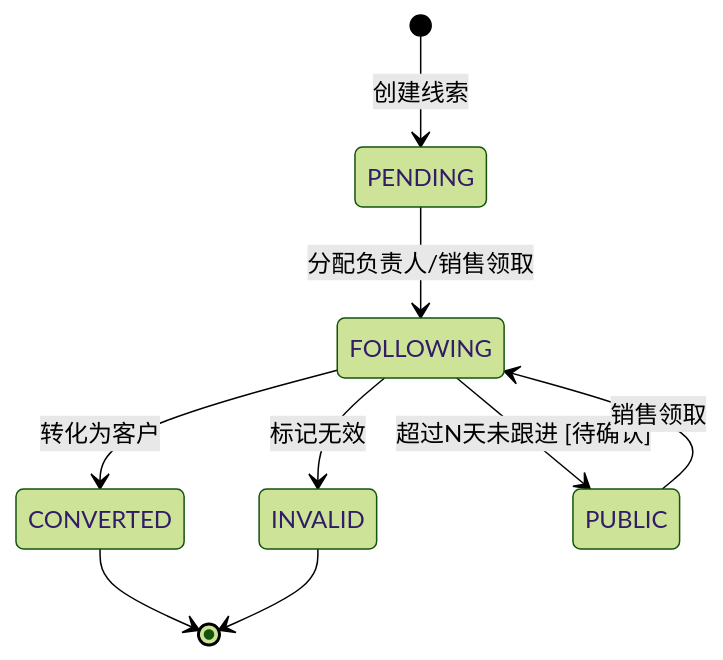
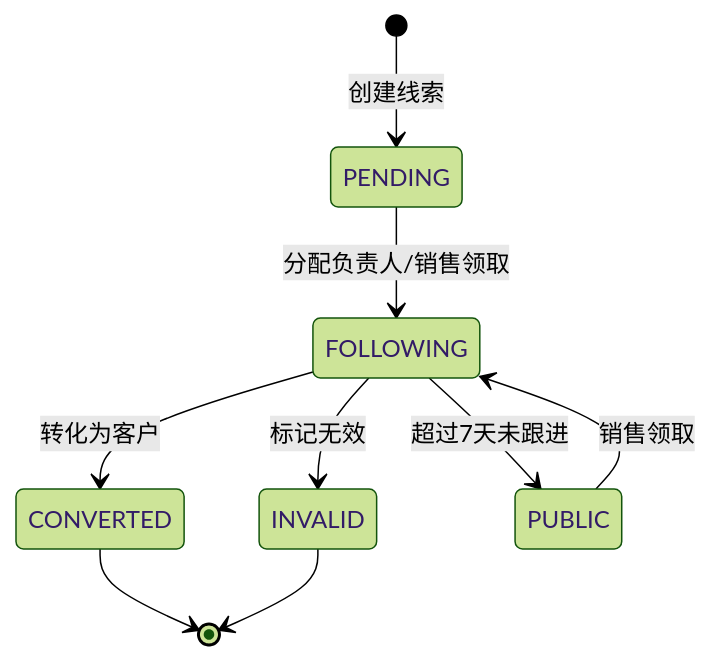
One commit to liuliangkui/new-xinqu changed the fourth of 11 diagrams in docs/XQCOP-领域建模方案.md. Above: the diagram before and after it, drawn with Mermaid (forest theme). The commit also changed other lines of this file, not shown here.

````diff
--- a/docs/XQCOP-领域建模方案.md
+++ b/docs/XQCOP-领域建模方案.md
@@ -1785,11 +1785,11 @@
 ```mermaid
 stateDiagram-v2
     [*] --> PENDING: 创建线索
     PENDING --> FOLLOWING: 分配负责人/销售领取
     FOLLOWING --> CONVERTED: 转化为客户
     FOLLOWING --> INVALID: 标记无效
-    FOLLOWING --> PUBLIC: 超过N天未跟进 [待确认]
+    FOLLOWING --> PUBLIC: 超过7天未跟进
     PUBLIC --> FOLLOWING: 销售领取
     CONVERTED --> [*]
     INVALID --> [*]
 ```
````
